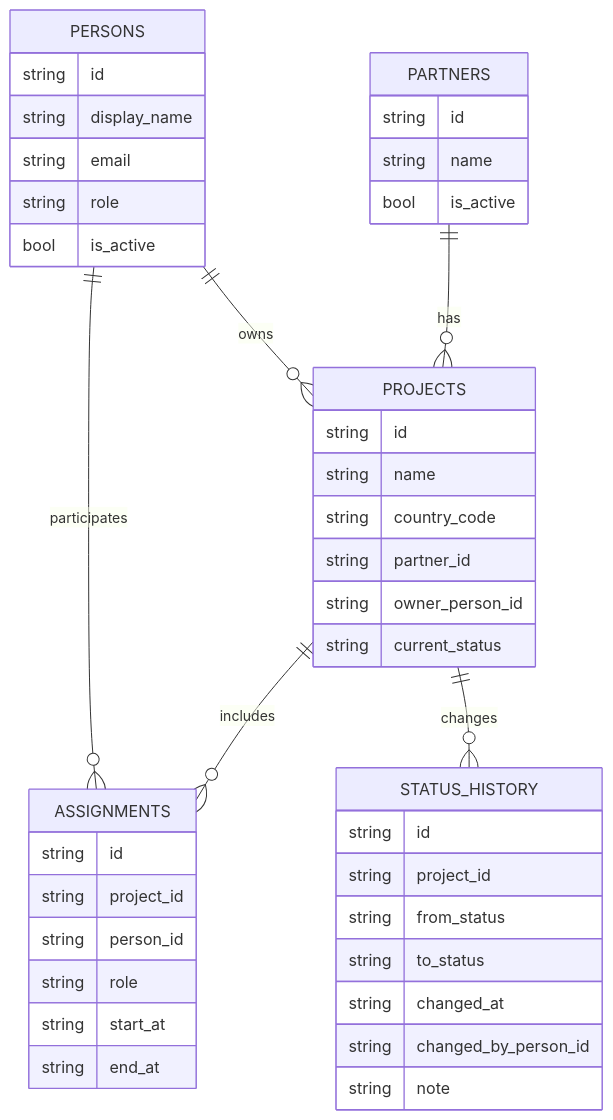
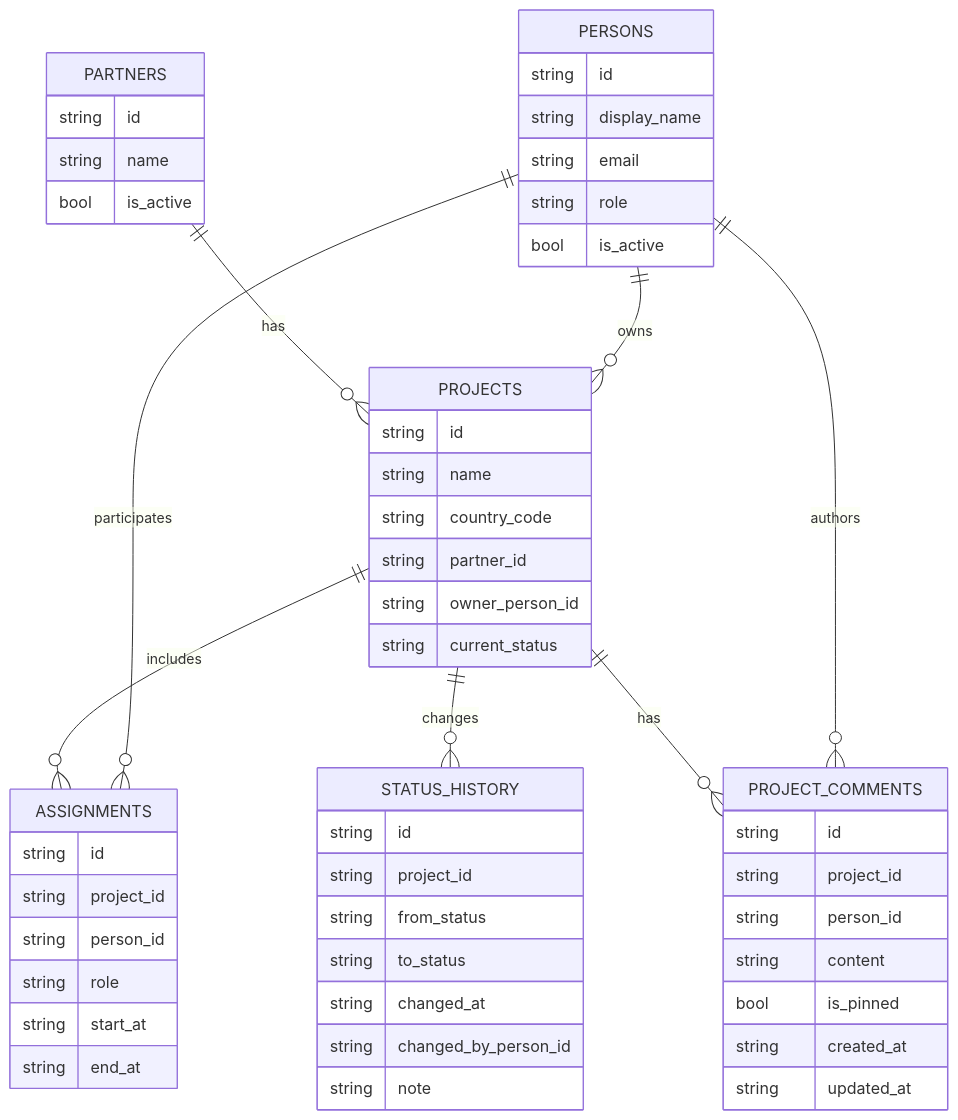
Before and after one commit to nickdu2009/projex: the first of 5 diagrams in docs/PRD.md, drawn with Mermaid. The commit also changed other lines of this file and 3 other files, not shown here.

````diff
--- a/docs/PRD.md
+++ b/docs/PRD.md
@@ -70,50 +70,62 @@
 ```mermaid
 erDiagram
   PARTNERS ||--o{ PROJECTS : has
   PERSONS  ||--o{ PROJECTS : owns
   PROJECTS ||--o{ ASSIGNMENTS : includes
   PERSONS  ||--o{ ASSIGNMENTS : participates
   PROJECTS ||--o{ STATUS_HISTORY : changes
+  PROJECTS ||--o{ PROJECT_COMMENTS : has
+  PERSONS  ||--o{ PROJECT_COMMENTS : authors
 
   PARTNERS {
     string id
     string name
     bool   is_active
   }
 
   PERSONS {
     string id
     string display_name
     string email
     string role
     bool   is_active
   }
 
   PROJECTS {
     string id
     string name
     string country_code
     string partner_id
     string owner_person_id
     string current_status
   }
 
   ASSIGNMENTS {
     string id
     string project_id
     string person_id
     string role
     string start_at
     string end_at
   }
 
   STATUS_HISTORY {
     string id
     string project_id
     string from_status
     string to_status
     string changed_at
     string changed_by_person_id
     string note
   }
+
+  PROJECT_COMMENTS {
+    string id
+    string project_id
+    string person_id
+    string content
+    bool   is_pinned
+    string created_at
+    string updated_at
+  }
 ```
````
